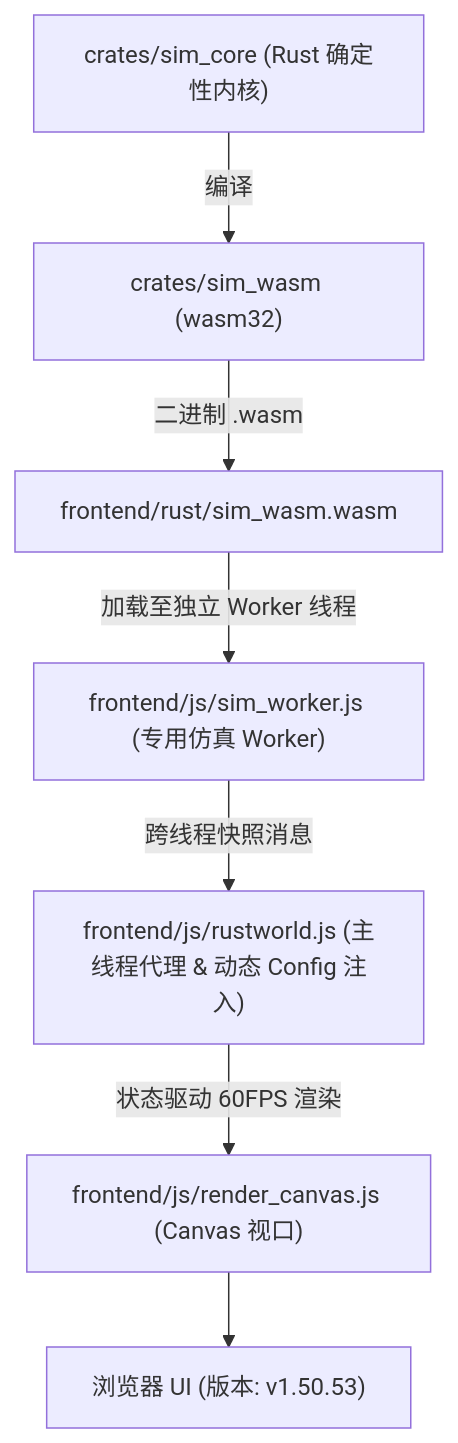
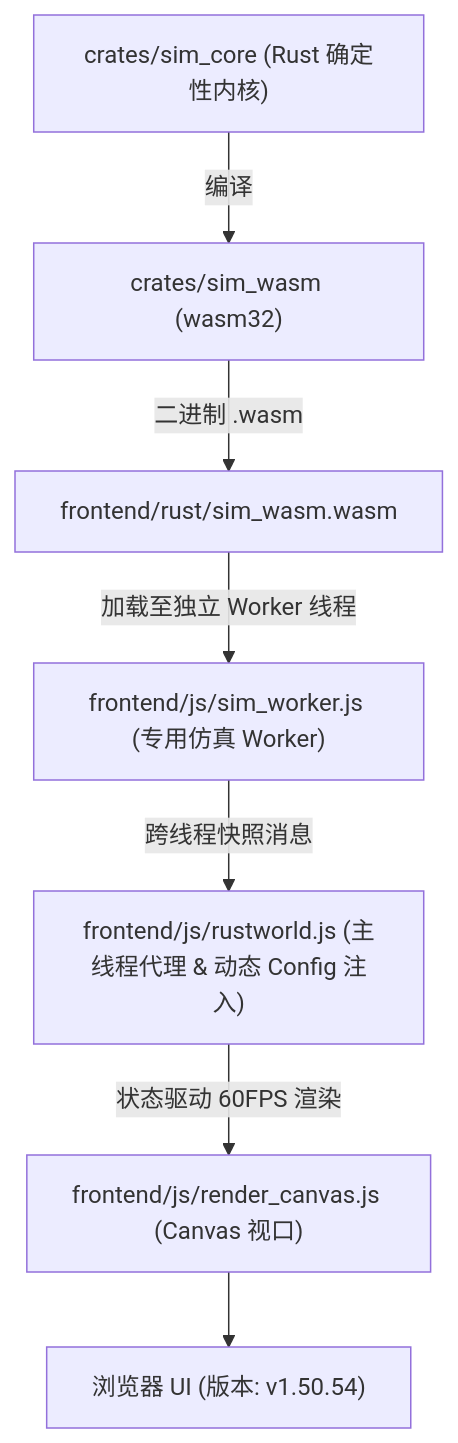
Before and after one commit to g39088902/FlowAndAccord: the diagram in AGENTS.md, drawn with Mermaid. The commit also changed other lines of this file and 34 other files, not shown here.

````diff
--- a/AGENTS.md
+++ b/AGENTS.md
@@ -61,10 +61,10 @@
 ```mermaid
 graph TD
     A["crates/sim_core (Rust 确定性内核)"] -->|编译| B["crates/sim_wasm (wasm32)"]
     B -->|二进制 .wasm| C["frontend/rust/sim_wasm.wasm"]
     C -->|加载至独立 Worker 线程| D["frontend/js/sim_worker.js (专用仿真 Worker)"]
     D -->|跨线程快照消息| E["frontend/js/rustworld.js (主线程代理 & 动态 Config 注入)"]
     E -->|状态驱动 60FPS 渲染| F["frontend/js/render_canvas.js (Canvas 视口)"]
-    F --> G["浏览器 UI (版本: v1.50.53)"]
+    F --> G["浏览器 UI (版本: v1.50.54)"]
 
 ```
````
